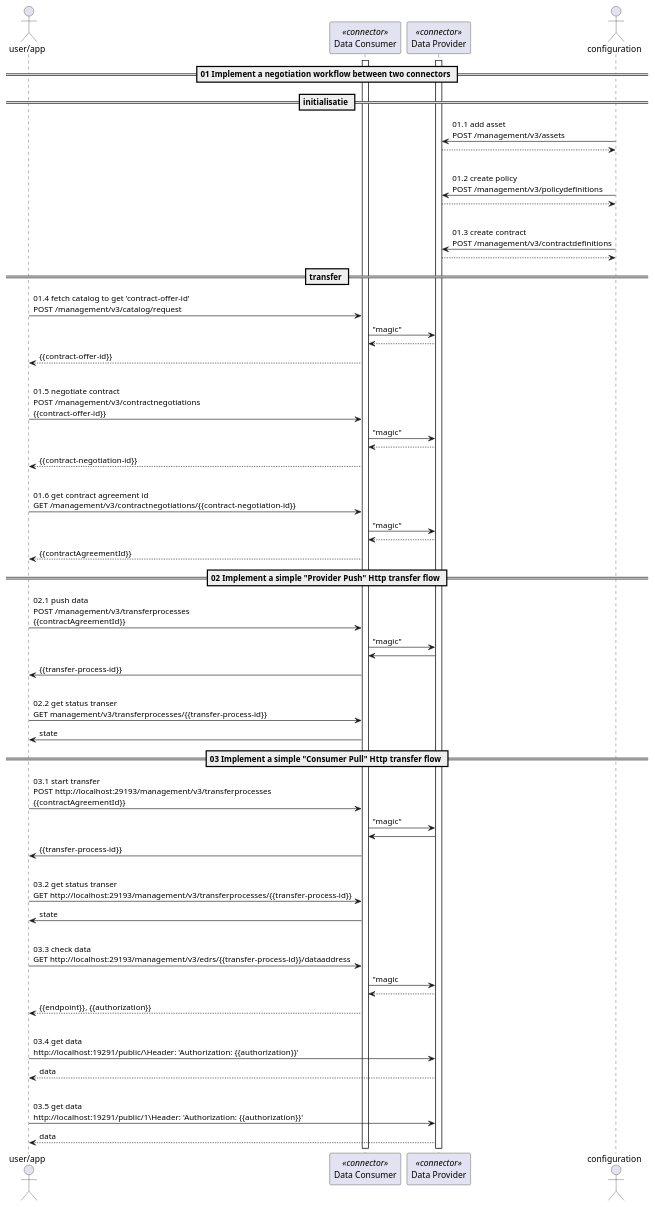
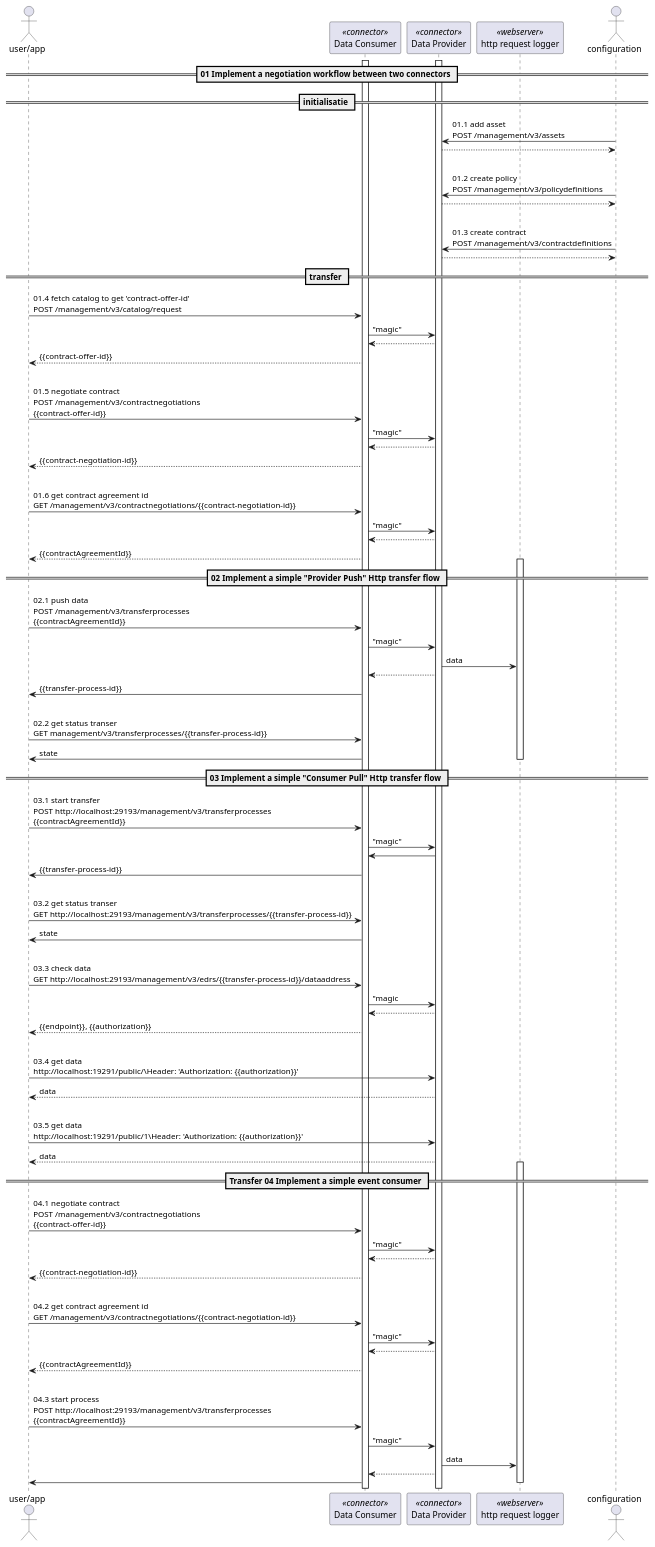
The diagram in jorg-aantekeningen/01-samples-transfer-sequence.plantuml (jvisch/edc-samples), drawn with PlantUML before and after one commit. The commit also changed 5 other files, not shown here.

Commit message:
simple event consumer

```diff
--- a/jorg-aantekeningen/01-samples-transfer-sequence.plantuml
+++ b/jorg-aantekeningen/01-samples-transfer-sequence.plantuml
@@ -1,74 +1,101 @@
 @startuml transfer sample
 
 actor "user/app" as user
 
 participant "Data Consumer" as dataconsumer << connector >>
 participant "Data Provider" as dataprovider << connector >>
+
+participant "http request logger" as logger << webserver >>
 
 actor configuration as config
 
 ' Transfer sample 01
 ' "Implement a negotiation workflow between two connectors"
 ' toevoegen van een asset aan de data provider
 == 01 Implement a negotiation workflow between two connectors ==
 == initialisatie ==
 activate dataprovider
 activate dataconsumer
 
 config -> dataprovider : 01.1 add asset\nPOST /management/v3/assets
 dataprovider --> config
 |||
 config -> dataprovider : 01.2 create policy\nPOST /management/v3/policydefinitions
 dataprovider --> config
 |||
 config -> dataprovider : 01.3 create contract\nPOST /management/v3/contractdefinitions
 dataprovider --> config
 
 == transfer ==
 
 user -> dataconsumer : 01.4 fetch catalog to get 'contract-offer-id'\nPOST /management/v3/catalog/request
 dataconsumer -> dataprovider : "magic"
 dataprovider --> dataconsumer
 dataconsumer --> user : {{contract-offer-id}}
 |||
 user -> dataconsumer : 01.5 negotiate contract\nPOST /management/v3/contractnegotiations\n{{contract-offer-id}}
 dataconsumer -> dataprovider : "magic"
 dataprovider --> dataconsumer
 dataconsumer --> user : {{contract-negotiation-id}}
 |||
 user -> dataconsumer : 01.6 get contract agreement id\nGET /management/v3/contractnegotiations/{{contract-negotiation-id}}
 dataconsumer -> dataprovider : "magic"
 dataprovider --> dataconsumer
 dataconsumer --> user : {{contractAgreementId}}
 
 == 02 Implement a simple "Provider Push" Http transfer flow ==
+activate logger
 
 user -> dataconsumer : 02.1 push data\nPOST /management/v3/transferprocesses\n{{contractAgreementId}}
 dataconsumer -> dataprovider : "magic"
-dataprovider -> dataconsumer
+dataprovider -> logger : data
+dataprovider --> dataconsumer
 dataconsumer -> user : {{transfer-process-id}}
 |||
 user -> dataconsumer : 02.2 get status transer\nGET management/v3/transferprocesses/{{transfer-process-id}}
 dataconsumer -> user : state
+
+deactivate logger
 
 == 03 Implement a simple "Consumer Pull" Http transfer flow ==
 user -> dataconsumer : 03.1 start transfer\nPOST http://localhost:29193/management/v3/transferprocesses\n{{contractAgreementId}}
 dataconsumer -> dataprovider : "magic"
 dataprovider -> dataconsumer
 dataconsumer -> user : {{transfer-process-id}}
 |||
 user -> dataconsumer : 03.2 get status transer\nGET http://localhost:29193/management/v3/transferprocesses/{{transfer-process-id}}
 dataconsumer -> user : state
 |||
 user -> dataconsumer : 03.3 check data\nGET http://localhost:29193/management/v3/edrs/{{transfer-process-id}}/dataaddress
 dataconsumer -> dataprovider : "magic
 dataprovider --> dataconsumer
 dataconsumer --> user : {{endpoint}}, {{authorization}}
 |||
 user -> dataprovider : 03.4 get data\nhttp://localhost:19291/public/\Header: 'Authorization: {{authorization}}'
 dataprovider --> user : data
 |||
 user -> dataprovider : 03.5 get data\nhttp://localhost:19291/public/1\Header: 'Authorization: {{authorization}}'
 dataprovider --> user : data
 
+== Transfer 04 Implement a simple event consumer ==
+
+activate logger
+
+user -> dataconsumer : 04.1 negotiate contract\nPOST /management/v3/contractnegotiations\n{{contract-offer-id}}
+dataconsumer -> dataprovider : "magic"
+dataprovider --> dataconsumer
+dataconsumer --> user : {{contract-negotiation-id}}
+|||
+user -> dataconsumer : 04.2 get contract agreement id\nGET /management/v3/contractnegotiations/{{contract-negotiation-id}}
+dataconsumer -> dataprovider : "magic"
+dataprovider --> dataconsumer
+dataconsumer --> user : {{contractAgreementId}}
+|||
+user -> dataconsumer : 04.3 start process\nPOST http://localhost:29193/management/v3/transferprocesses\n{{contractAgreementId}}
+dataconsumer -> dataprovider : "magic"
+dataprovider -> logger : data
+dataprovider --> dataconsumer
+dataconsumer -> user
+
+deactivate logger
 @enduml
```
